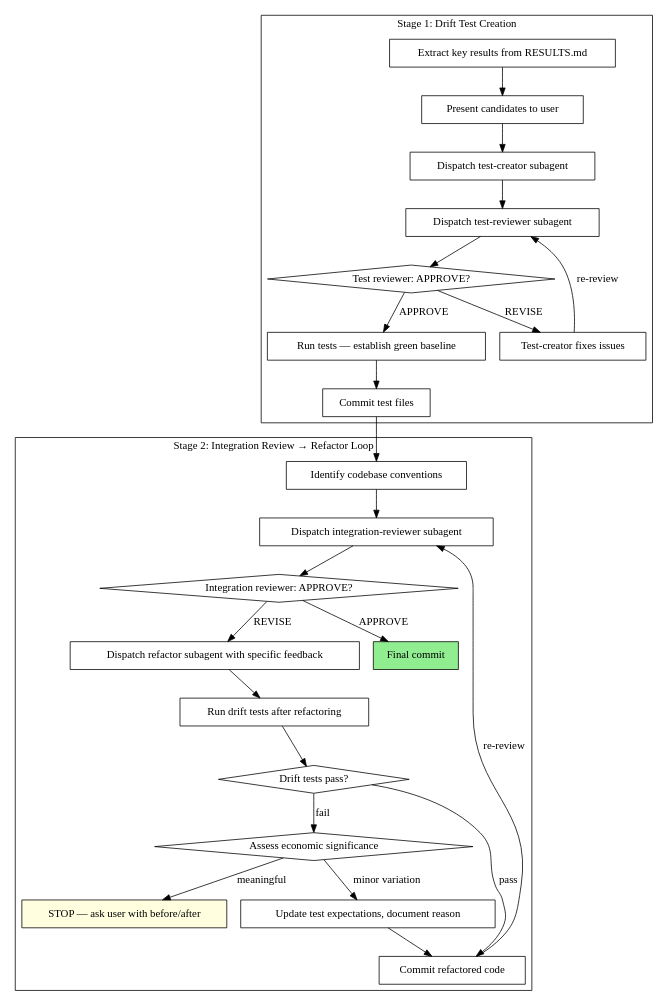
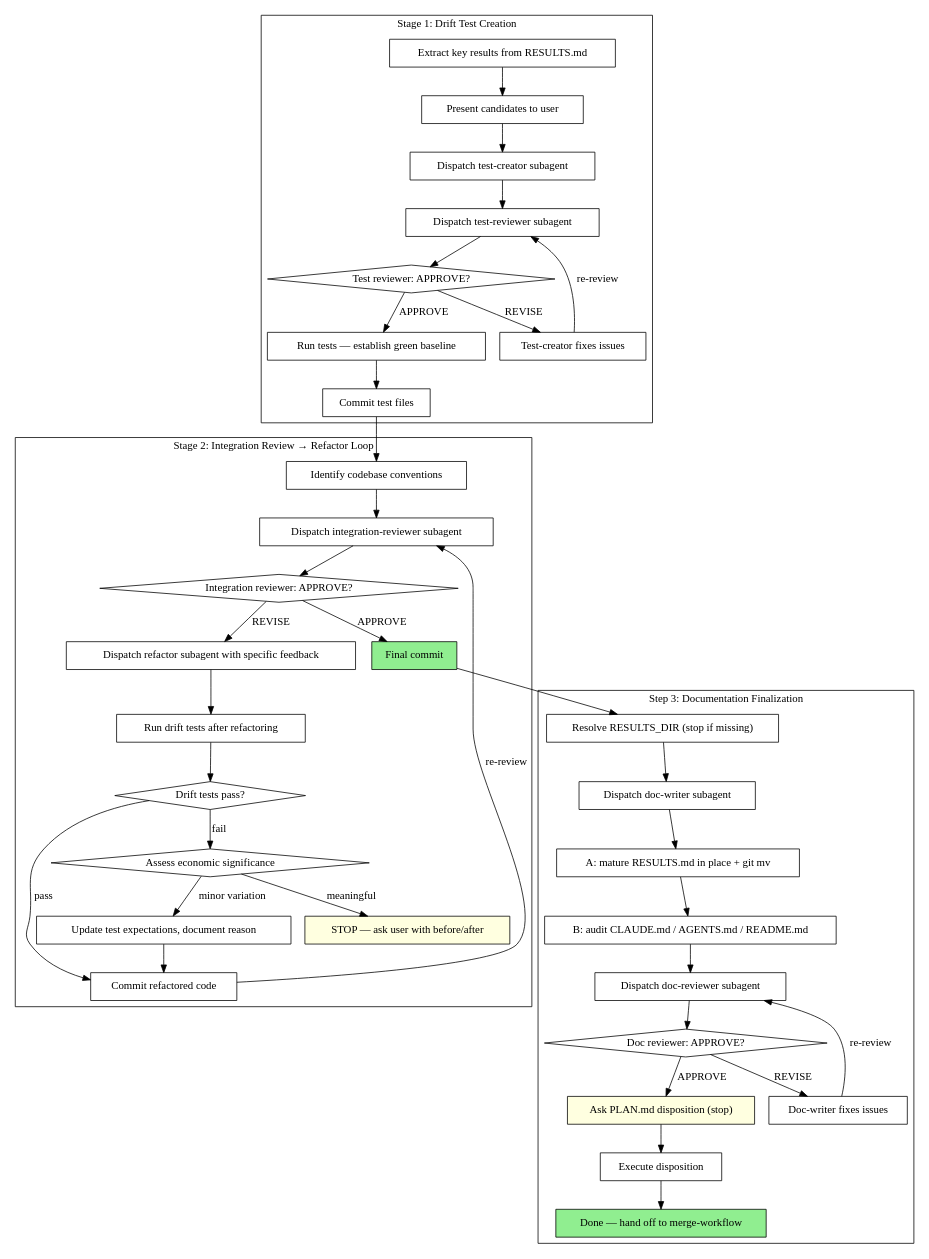
The diagram in skills/integration-workflow/SKILL.md (FuZhiyu/superRA), drawn with Graphviz before and after one commit. The commit also changed other lines of this file and 9 other files, not shown here.

````diff
--- a/skills/integration-workflow/SKILL.md
+++ b/skills/integration-workflow/SKILL.md
@@ -20,55 +20,81 @@
 ```dot
 digraph integration_workflow {
     rankdir=TB;
 
     subgraph cluster_stage1 {
         label="Stage 1: Drift Test Creation";
         "Extract key results from RESULTS.md" [shape=box];
         "Present candidates to user" [shape=box];
         "Dispatch test-creator subagent" [shape=box];
         "Dispatch test-reviewer subagent" [shape=box];
         "Test reviewer: APPROVE?" [shape=diamond];
         "Test-creator fixes issues" [shape=box];
         "Run tests — establish green baseline" [shape=box];
         "Commit test files" [shape=box];
     }
 
     subgraph cluster_stage2 {
         label="Stage 2: Integration Review → Refactor Loop";
         "Identify codebase conventions" [shape=box];
         "Dispatch integration-reviewer subagent" [shape=box];
         "Integration reviewer: APPROVE?" [shape=diamond];
         "Dispatch refactor subagent with specific feedback" [shape=box];
         "Run drift tests after refactoring" [shape=box];
         "Drift tests pass?" [shape=diamond];
         "Assess economic significance" [shape=diamond];
         "STOP — ask user with before/after" [shape=box style=filled fillcolor=lightyellow];
         "Update test expectations, document reason" [shape=box];
         "Commit refactored code" [shape=box];
         "Final commit" [shape=box style=filled fillcolor=lightgreen];
     }
 
     "Extract key results from RESULTS.md" -> "Present candidates to user";
     "Present candidates to user" -> "Dispatch test-creator subagent";
     "Dispatch test-creator subagent" -> "Dispatch test-reviewer subagent";
     "Dispatch test-reviewer subagent" -> "Test reviewer: APPROVE?";
     "Test reviewer: APPROVE?" -> "Run tests — establish green baseline" [label="APPROVE"];
     "Test reviewer: APPROVE?" -> "Test-creator fixes issues" [label="REVISE"];
     "Test-creator fixes issues" -> "Dispatch test-reviewer subagent" [label="re-review"];
     "Run tests — establish green baseline" -> "Commit test files";
 
     "Commit test files" -> "Identify codebase conventions";
     "Identify codebase conventions" -> "Dispatch integration-reviewer subagent";
     "Dispatch integration-reviewer subagent" -> "Integration reviewer: APPROVE?";
     "Integration reviewer: APPROVE?" -> "Final commit" [label="APPROVE"];
     "Integration reviewer: APPROVE?" -> "Dispatch refactor subagent with specific feedback" [label="REVISE"];
     "Dispatch refactor subagent with specific feedback" -> "Run drift tests after refactoring";
     "Run drift tests after refactoring" -> "Drift tests pass?";
     "Drift tests pass?" -> "Commit refactored code" [label="pass"];
     "Drift tests pass?" -> "Assess economic significance" [label="fail"];
     "Assess economic significance" -> "STOP — ask user with before/after" [label="meaningful"];
     "Assess economic significance" -> "Update test expectations, document reason" [label="minor variation"];
     "Update test expectations, document reason" -> "Commit refactored code";
     "Commit refactored code" -> "Dispatch integration-reviewer subagent" [label="re-review"];
+
+    subgraph cluster_step3 {
+        label="Step 3: Documentation Finalization";
+        "Resolve RESULTS_DIR (stop if missing)" [shape=box];
+        "Dispatch doc-writer subagent" [shape=box];
+        "A: mature RESULTS.md in place + git mv" [shape=box];
+        "B: audit CLAUDE.md / AGENTS.md / README.md" [shape=box];
+        "Dispatch doc-reviewer subagent" [shape=box];
+        "Doc reviewer: APPROVE?" [shape=diamond];
+        "Doc-writer fixes issues" [shape=box];
+        "Ask PLAN.md disposition (stop)" [shape=box style=filled fillcolor=lightyellow];
+        "Execute disposition" [shape=box];
+        "Done — hand off to merge-workflow" [shape=box style=filled fillcolor=lightgreen];
+    }
+
+    "Final commit" -> "Resolve RESULTS_DIR (stop if missing)";
+    "Resolve RESULTS_DIR (stop if missing)" -> "Dispatch doc-writer subagent";
+    "Dispatch doc-writer subagent" -> "A: mature RESULTS.md in place + git mv";
+    "A: mature RESULTS.md in place + git mv" -> "B: audit CLAUDE.md / AGENTS.md / README.md";
+    "B: audit CLAUDE.md / AGENTS.md / README.md" -> "Dispatch doc-reviewer subagent";
+    "Dispatch doc-reviewer subagent" -> "Doc reviewer: APPROVE?";
+    "Doc reviewer: APPROVE?" -> "Ask PLAN.md disposition (stop)" [label="APPROVE"];
+    "Doc reviewer: APPROVE?" -> "Doc-writer fixes issues" [label="REVISE"];
+    "Doc-writer fixes issues" -> "Dispatch doc-reviewer subagent" [label="re-review"];
+    "Ask PLAN.md disposition (stop)" -> "Execute disposition";
+    "Execute disposition" -> "Done — hand off to merge-workflow";
 }
 ```
````
